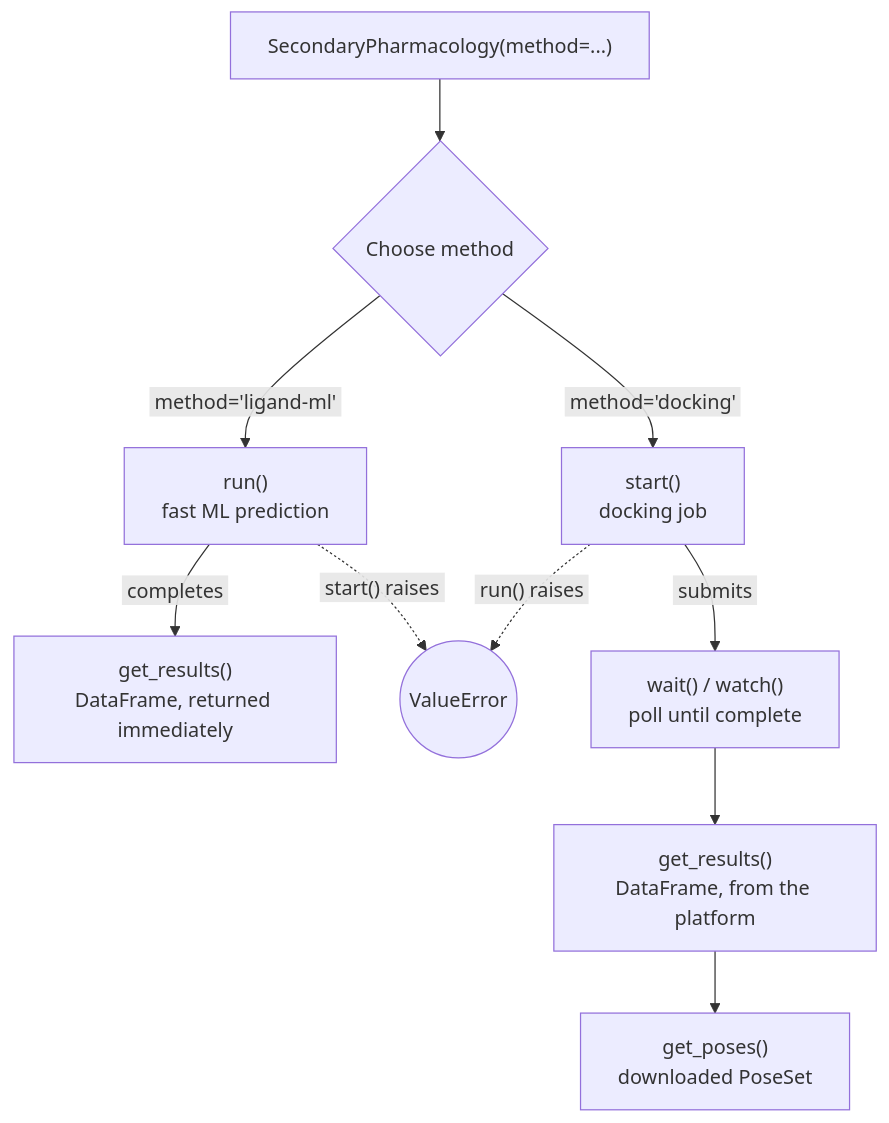
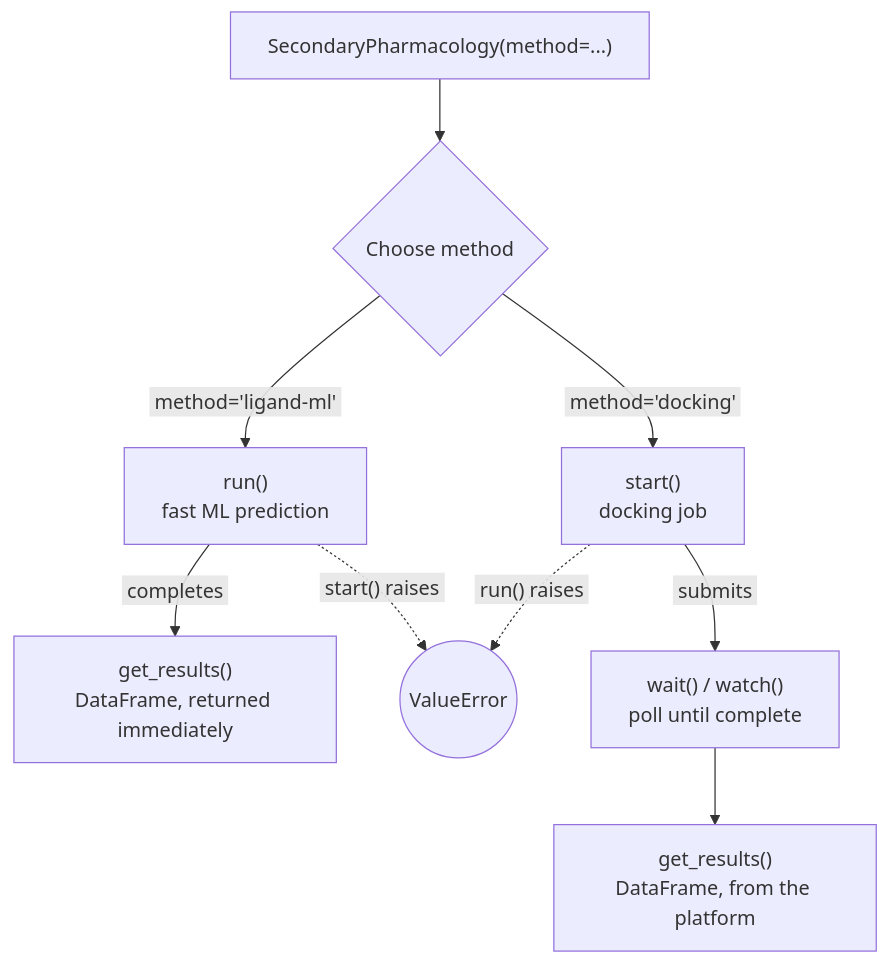
One commit to deeporiginbio/do-dd-client changed the diagram in docs/dd/tools/secondary-pharma.md. Above: the diagram before and after it, drawn with Mermaid. The commit also changed other lines of this file, not shown here.

````diff
--- a/docs/dd/tools/secondary-pharma.md
+++ b/docs/dd/tools/secondary-pharma.md
@@ -22,14 +25,13 @@
 ```mermaid
 flowchart TD
     ctor["SecondaryPharmacology(method=...)"] --> choose{"Choose method"}
     choose -->|"&nbsp;method='ligand-ml'&nbsp;"| ml_run["run()<br/>fast ML prediction"]
     choose -->|"&nbsp;method='docking'&nbsp;"| dock_start["start()<br/>docking job"]
 
     ml_run -->|"&nbsp;completes&nbsp;"| ml_results["get_results()<br/>DataFrame, returned immediately"]
     ml_run -.->|"&nbsp;start() raises&nbsp;"| blocked(("ValueError"))
 
     dock_start -->|"&nbsp;submits&nbsp;"| dock_wait["wait() / watch()<br/>poll until complete"]
     dock_start -.->|"&nbsp;run() raises&nbsp;"| blocked
     dock_wait --> dock_results["get_results()<br/>DataFrame, from the platform"]
-    dock_results --> dock_poses["get_poses()<br/>downloaded PoseSet"]
 ```
````
